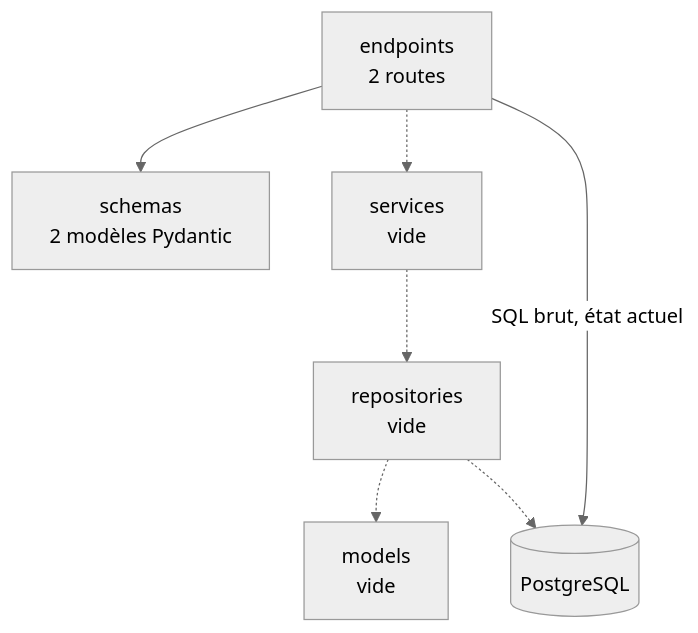
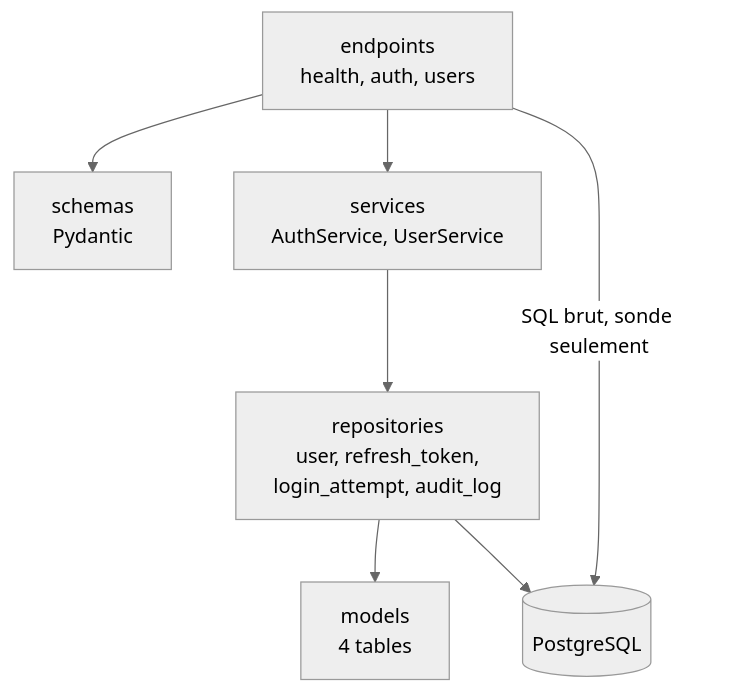
The first of 3 diagrams in docs/architecture/20-backend.md (ineszang/ProjetPiscine_EnerVision), drawn with Mermaid (neutral theme) before and after one commit. The commit also changed other lines of this file and 12 other files, not shown here.

````diff
--- a/docs/architecture/20-backend.md
+++ b/docs/architecture/20-backend.md
@@ -13,16 +13,16 @@
 ```mermaid
 flowchart TB
-  ep["endpoints<br/>2 routes"]
-  sc["schemas<br/>2 modèles Pydantic"]
-  sv["services<br/>vide"]
-  rp["repositories<br/>vide"]
-  md["models<br/>vide"]
+  ep["endpoints<br/>health, auth, users"]
+  sc["schemas<br/>Pydantic"]
+  sv["services<br/>AuthService, UserService"]
+  rp["repositories<br/>user, refresh_token,<br/>login_attempt, audit_log"]
+  md["models<br/>4 tables"]
   db[("PostgreSQL")]
 
   ep --> sc
-  ep -.-> sv
-  sv -.-> rp
-  rp -.-> md
-  ep -->|"SQL brut, état actuel"| db
-  rp -.-> db
+  ep --> sv
+  sv --> rp
+  rp --> md
+  ep -->|"SQL brut, sonde seulement"| db
+  rp --> db
 ```
````
